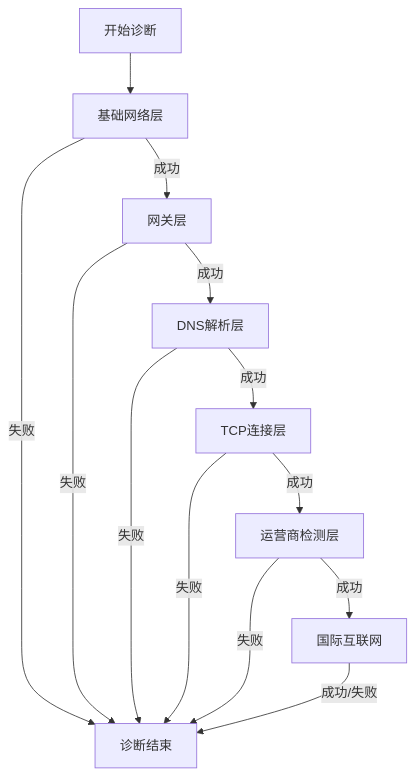
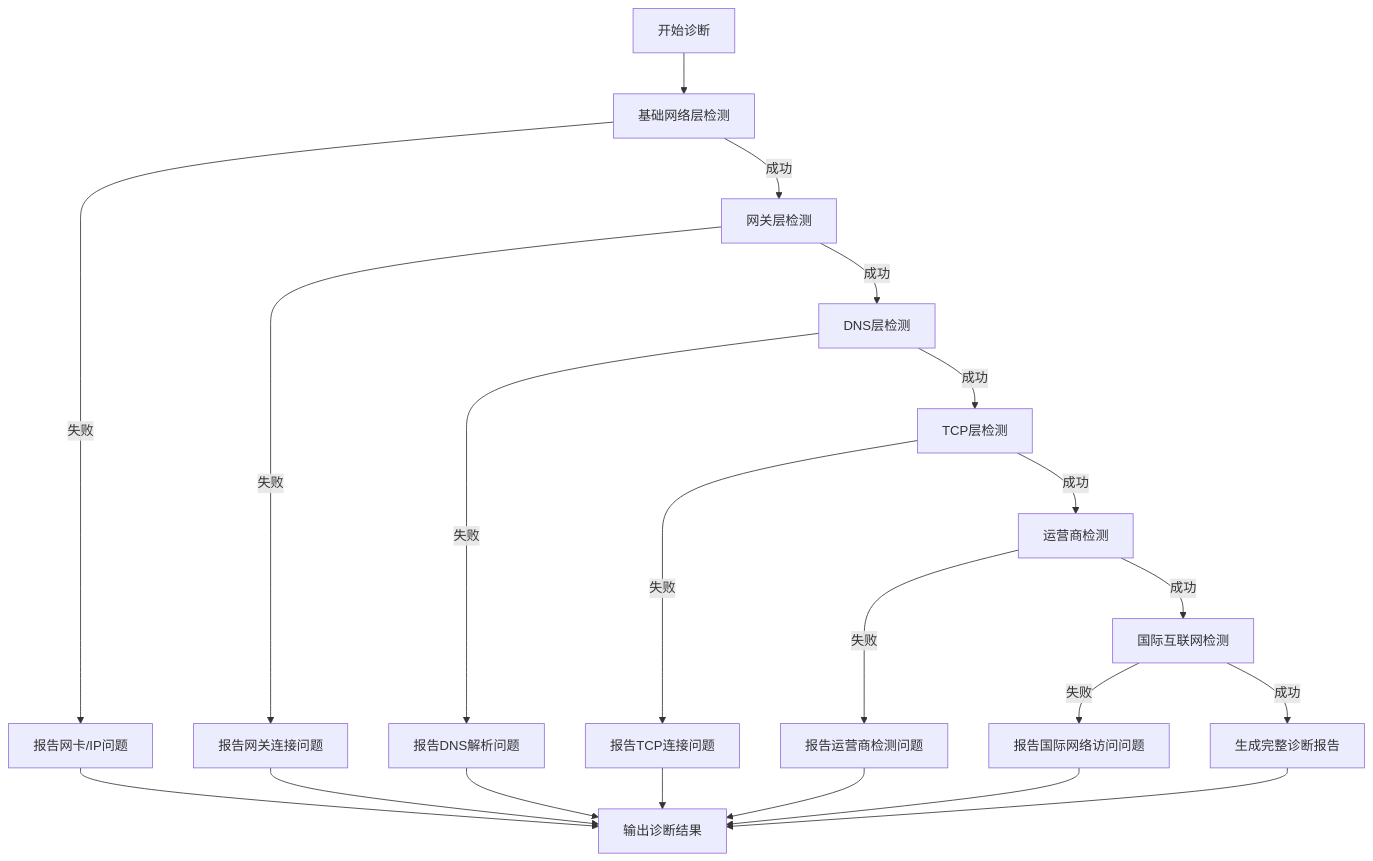
One commit to ma5hr00m/oh-my-network changed the diagram in README.md. Above: the diagram before and after it, drawn with Mermaid.

````diff
--- a/README.md
+++ b/README.md
@@ -78,15 +78,23 @@
 ```mermaid
 graph TD
-    A[开始诊断] --> B[基础网络层]
-    B -->|成功| C[网关层]
-    B -->|失败| Z[诊断结束]
-    C -->|成功| D[DNS解析层]
-    C -->|失败| Z
-    D -->|成功| E[TCP连接层]
-    D -->|失败| Z
-    E -->|成功| F[运营商检测层]
-    E -->|失败| Z
-    F -->|成功| G[国际互联网]
-    F -->|失败| Z
-    G -->|成功/失败| Z
+    A[开始诊断] --> B[基础网络层检测]
+    B --> |成功| C[网关层检测]
+    B --> |失败| B1[报告网卡/IP问题]
+    C --> |成功| D[DNS层检测]
+    C --> |失败| C1[报告网关连接问题]
+    D --> |成功| E[TCP层检测]
+    D --> |失败| D1[报告DNS解析问题]
+    E --> |成功| F[运营商检测]
+    E --> |失败| E1[报告TCP连接问题]
+    F --> |成功| G[国际互联网检测]
+    F --> |失败| F1[报告运营商检测问题]
+    G --> |成功| H1[生成完整诊断报告]
+    G --> |失败| G1[报告国际网络访问问题]
+    B1 --> Z[输出诊断结果]
+    C1 --> Z
+    D1 --> Z
+    E1 --> Z
+    F1 --> Z
+    G1 --> Z
+    H1 --> Z
 ```
````
